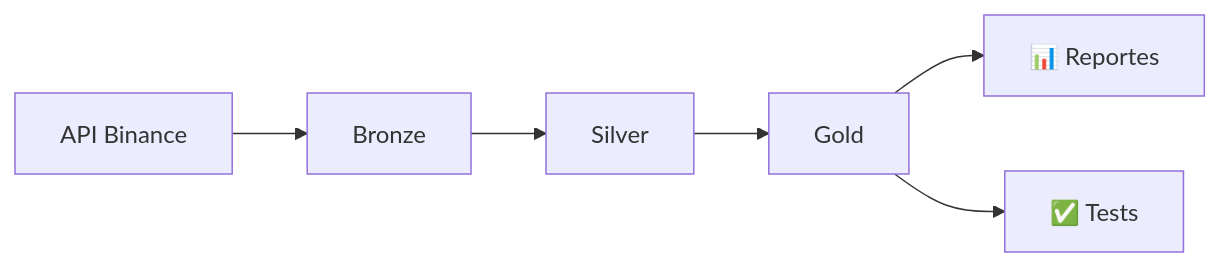
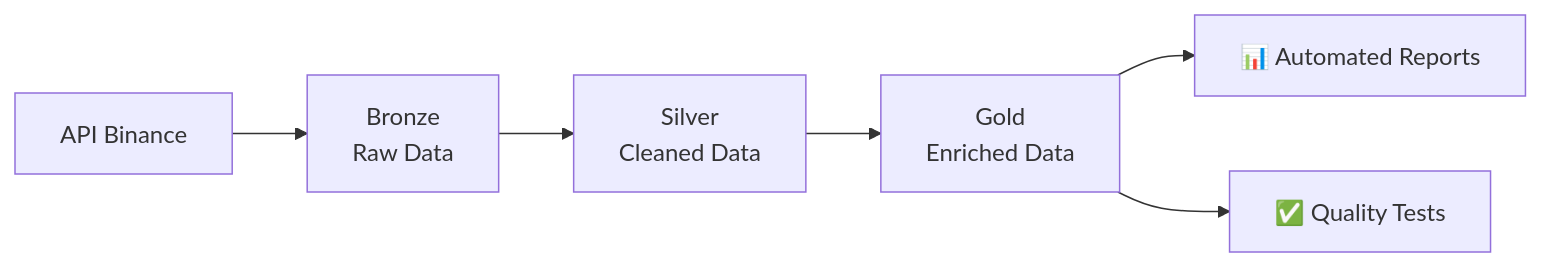
Before and after one commit to Jpcuomo/1st-delta-lake-pipeline: the diagram in README.md, drawn with Mermaid. The commit also changed other lines of this file and 1 other file, not shown here.

````diff
--- a/README.md
+++ b/README.md
@@ -12,8 +19,8 @@
 ```mermaid
 flowchart LR
-    A[API Binance] --> B[Bronze]
-    B --> C[Silver]
-    C --> D[Gold]
-    D --> E[📊 Reportes]
-    D --> F[✅ Tests]
+    A[API Binance] --> B[Bronze<br/>Raw Data]
+    B --> C[Silver<br/>Cleaned Data]
+    C --> D[Gold<br/>Enriched Data]
+    D --> E[📊 Automated Reports]
+    D --> F[✅ Quality Tests]
 ```
````
